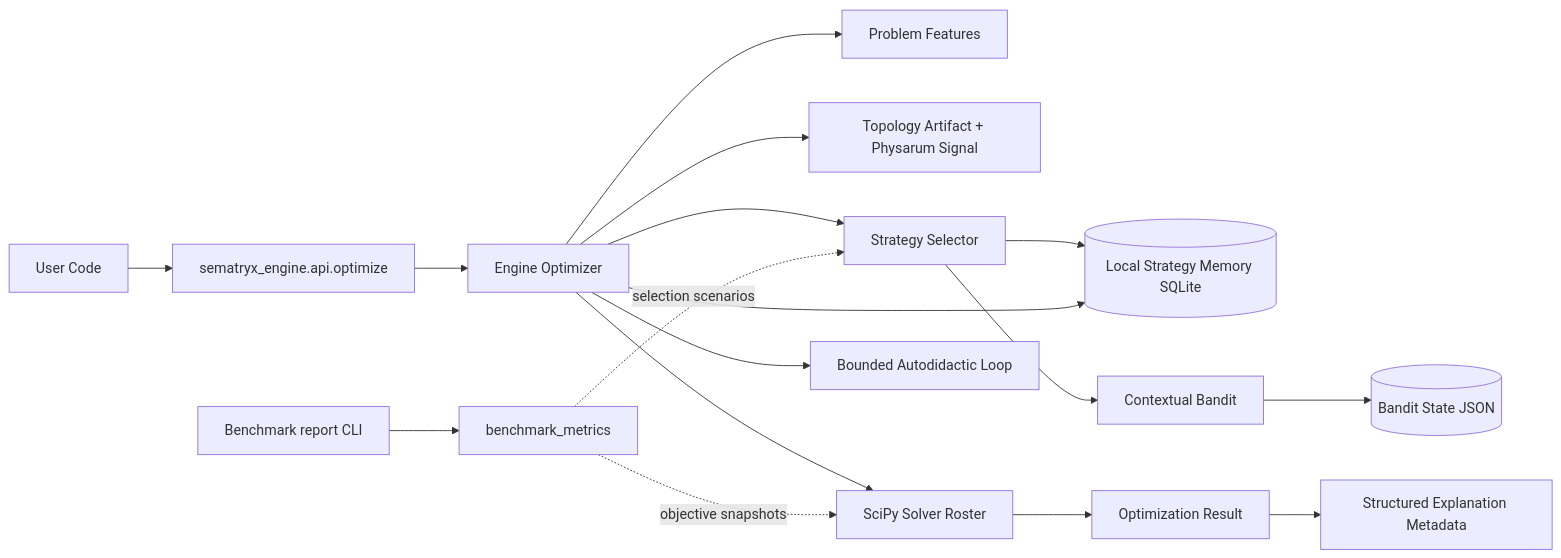
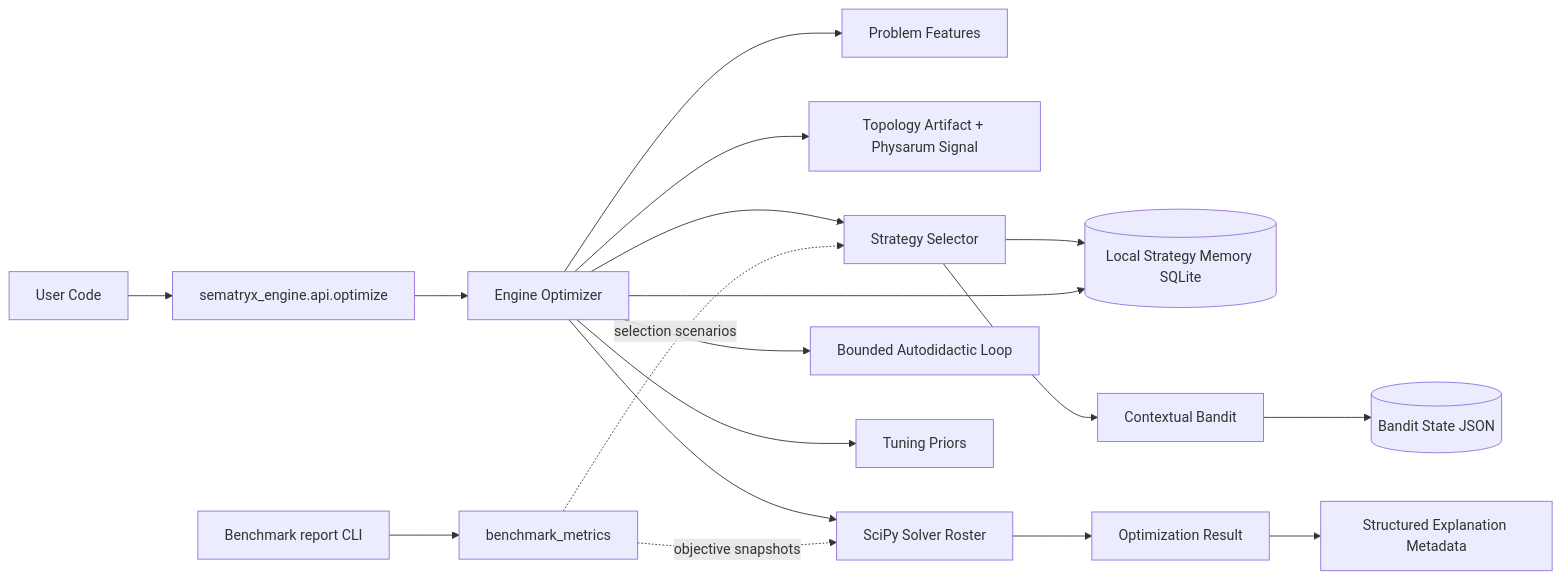
One commit to sematryx/sematryx-engine changed the diagram in docs/architecture/SYSTEM_OVERVIEW.md. Above: the diagram before and after it, drawn with Mermaid. The commit also changed other lines of this file and 13 other files, not shown here.

First line of the commit message:
Add deterministic hyperparameter tuning priors for SciPy dispatch. (#14)

````diff
--- a/docs/architecture/SYSTEM_OVERVIEW.md
+++ b/docs/architecture/SYSTEM_OVERVIEW.md
@@ -3,19 +3,20 @@
 ```mermaid
 flowchart LR
     U[User Code] --> API[sematryx_engine.api.optimize]
     API --> OPT[Engine Optimizer]
     OPT --> FEAT[Problem Features]
     OPT --> TOPO[Topology Artifact + Physarum Signal]
     OPT --> SEL[Strategy Selector]
     SEL --> MEM[(Local Strategy Memory SQLite)]
     SEL --> BANDIT[Contextual Bandit]
     BANDIT --> BANDIT_STATE[(Bandit State JSON)]
     OPT --> SOLV[SciPy Solver Roster]
     OPT --> LOOP[Bounded Autodidactic Loop]
+    OPT --> PRI[Tuning Priors]
     SOLV --> RES[Optimization Result]
     OPT --> MEM
     RES --> EXP[Structured Explanation Metadata]
     GEN[Benchmark report CLI] --> BMET[benchmark_metrics]
     BMET -. selection scenarios .-> SEL
     BMET -. objective snapshots .-> SOLV
 ```
````
